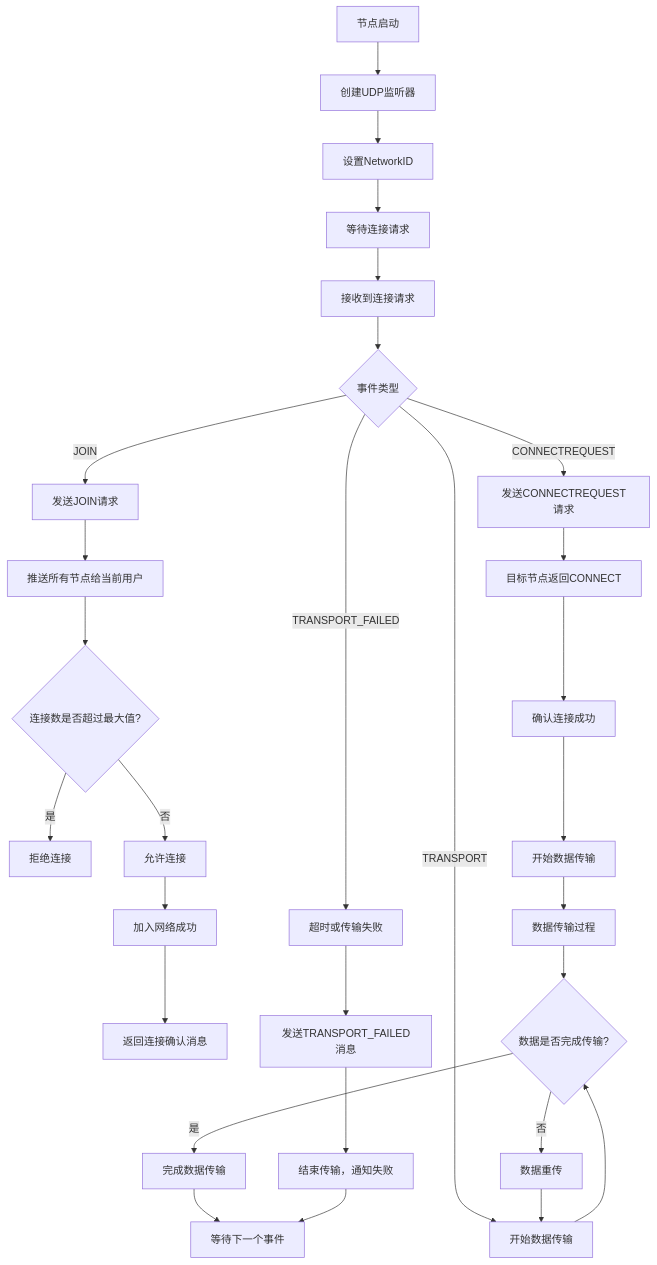
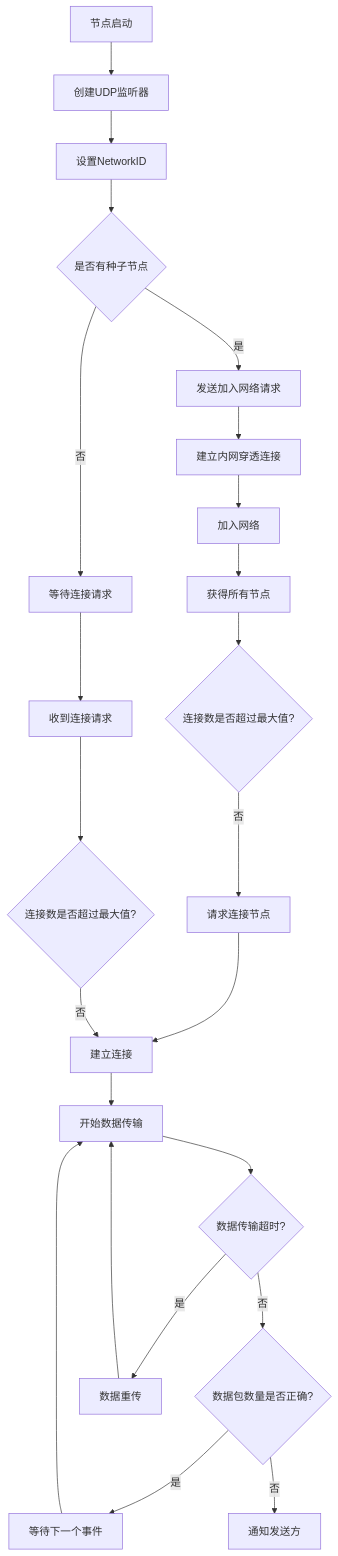
One commit to shsunb/q2p-doc changed the diagram in wiki/cn/02_architecture_and_principles.md. Above: the diagram before and after it, drawn with Mermaid. The commit also changed 1 other file, not shown here.

Commit message:
流程图修改，增加NAT穿透技术描述

````diff
--- a/wiki/cn/02_architecture_and_principles.md
+++ b/wiki/cn/02_architecture_and_principles.md
@@ -76,47 +76,34 @@
 ```mermaid
 graph TD
     A[节点启动] --> B[创建UDP监听器]
     B --> C[设置NetworkID]
-    C --> D[等待连接请求]
+    C --> D{是否有种子节点}
+    D --> |是| D1[发送加入网络请求]
+    D --> |否| D2[等待连接请求]
+
+    %% JOIN 事件处理
+    D1 --> K[建立内网穿透连接]
+    K --> L[加入网络]
+    L --> M[获得所有节点]
+    M --> N{连接数是否超过最大值?}
+    N --> |否| N1[请求连接节点]
+    N1 --> G1[建立连接]
+    G1 --> Q
 
     %% 接收到连接请求后进入不同的处理逻辑
-    D --> E[接收到连接请求]
-    E --> F{事件类型}
-
-    %% JOIN 事件处理
-    F -->|JOIN| G[发送JOIN请求]
-    G --> H[推送所有节点给当前用户]
-    H --> I{连接数是否超过最大值?}
-    I -->|是| J[拒绝连接]
-    I -->|否| K[允许连接]
-    K --> L[加入网络成功]
-    L --> M[返回连接确认消息]
-
-    %% CONNECTREQUEST 事件处理
-    F -->|CONNECTREQUEST| N[发送CONNECTREQUEST请求]
-    N --> O[目标节点返回CONNECT]
-    O --> P[确认连接成功]
+    D2 --> E1[收到连接请求]
+    E1 --> F2{连接数是否超过最大值?}
+    F2 --> |否| G1
 
     %% 数据传输事件处理
-    F -->|TRANSPORT| Q[开始数据传输]
-    Q --> R{数据是否完成传输?}
-    R -->|是| S[完成数据传输]
-    R -->|否| T[数据重传]
+    Q[开始数据传输] --> R{数据传输超时?}
+    R -->|否| R1{数据包数量是否正确?}
+    R1 -->|是| R11[等待下一个事件]
+    R11 --> Q
+    R1 -->|否| R12[通知发送方]
+    R -->|是| T[数据重传]
 
     %% 数据传输重试
     T --> Q
 
-    %% 超时或传输失败
-    F -->|TRANSPORT_FAILED| U[超时或传输失败]
-    U --> V[发送TRANSPORT_FAILED消息]
-    V --> W[结束传输，通知失败]
-
-    %% 核心连接流程
-    P --> X[开始数据传输]
-    X --> Y[数据传输过程]
-    Y --> R
-
-    %% 循环回到等待状态
-    S --> Z[等待下一个事件]
-    W --> Z
 ```
````
